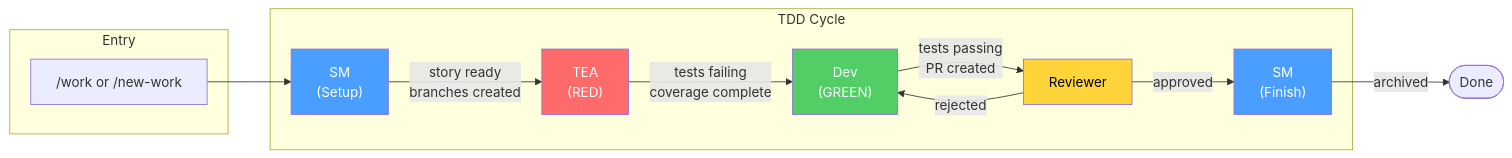
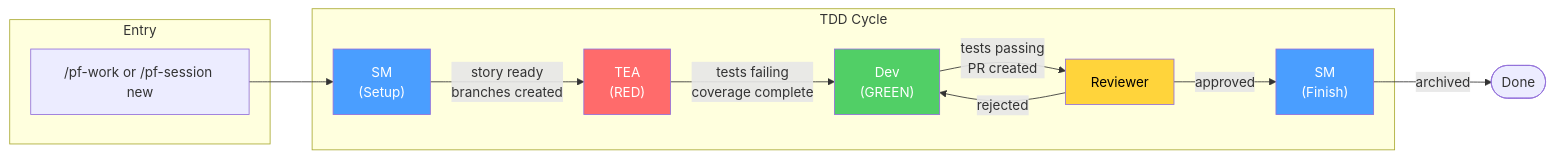
The second of 10 diagrams in docs/BIKELANE-DIAGRAMS.md (slabgorb/pennyfarthing), drawn with Mermaid before and after one commit. The commit also changed other lines of this file and 57 other files, not shown here.

````diff
--- a/docs/BIKELANE-DIAGRAMS.md
+++ b/docs/BIKELANE-DIAGRAMS.md
@@ -75,28 +75,28 @@
 ```mermaid
 flowchart LR
     subgraph Entry
-        NW["/work or /new-work"]
+        NW["/pf-work or /pf-session new"]
     end
 
     subgraph "TDD Cycle"
         SM1["SM<br/>(Setup)"]
         TEA["TEA<br/>(RED)"]
         DEV["Dev<br/>(GREEN)"]
         REV["Reviewer"]
         SM2["SM<br/>(Finish)"]
     end
 
     NW --> SM1
     SM1 -->|"story ready<br/>branches created"| TEA
     TEA -->|"tests failing<br/>coverage complete"| DEV
     DEV -->|"tests passing<br/>PR created"| REV
     REV -->|"approved"| SM2
     REV -->|"rejected"| DEV
     SM2 -->|"archived"| Done([Done])
 
     style SM1 fill:#4a9eff,color:white
     style SM2 fill:#4a9eff,color:white
     style TEA fill:#ff6b6b,color:white
     style DEV fill:#51cf66,color:white
     style REV fill:#ffd43b,color:black
 ```
````
